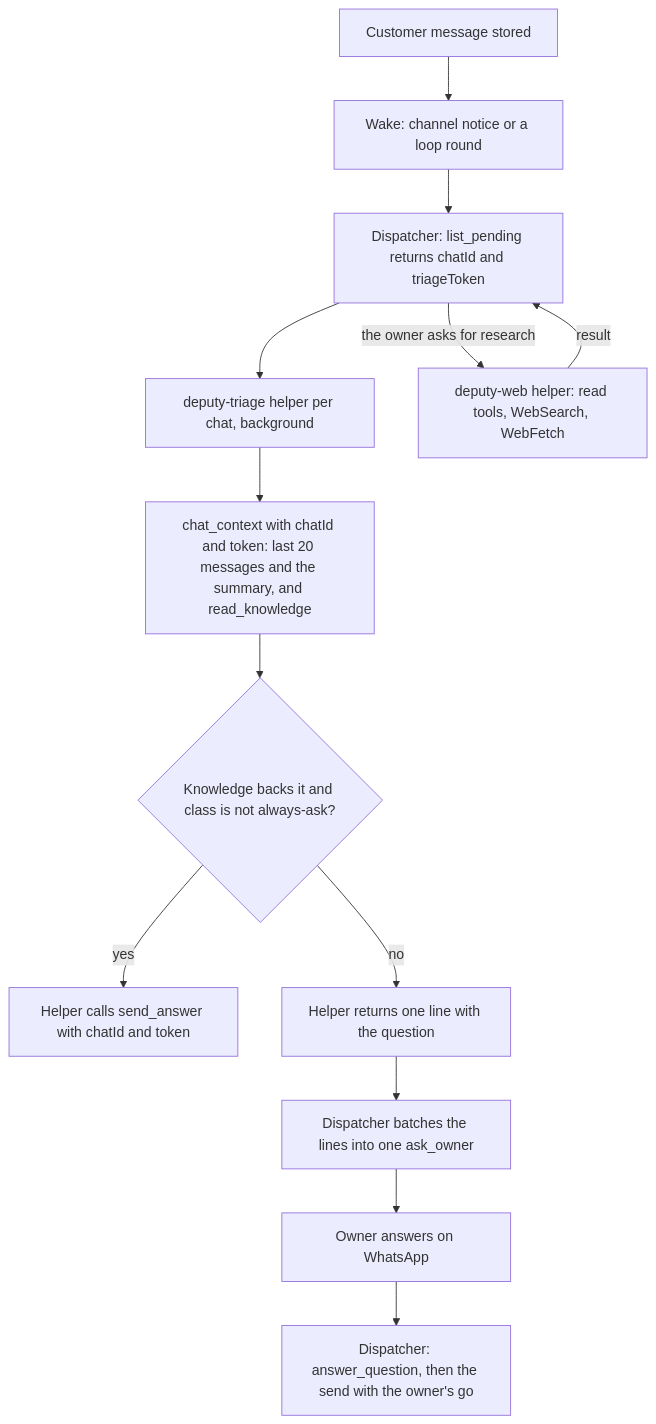
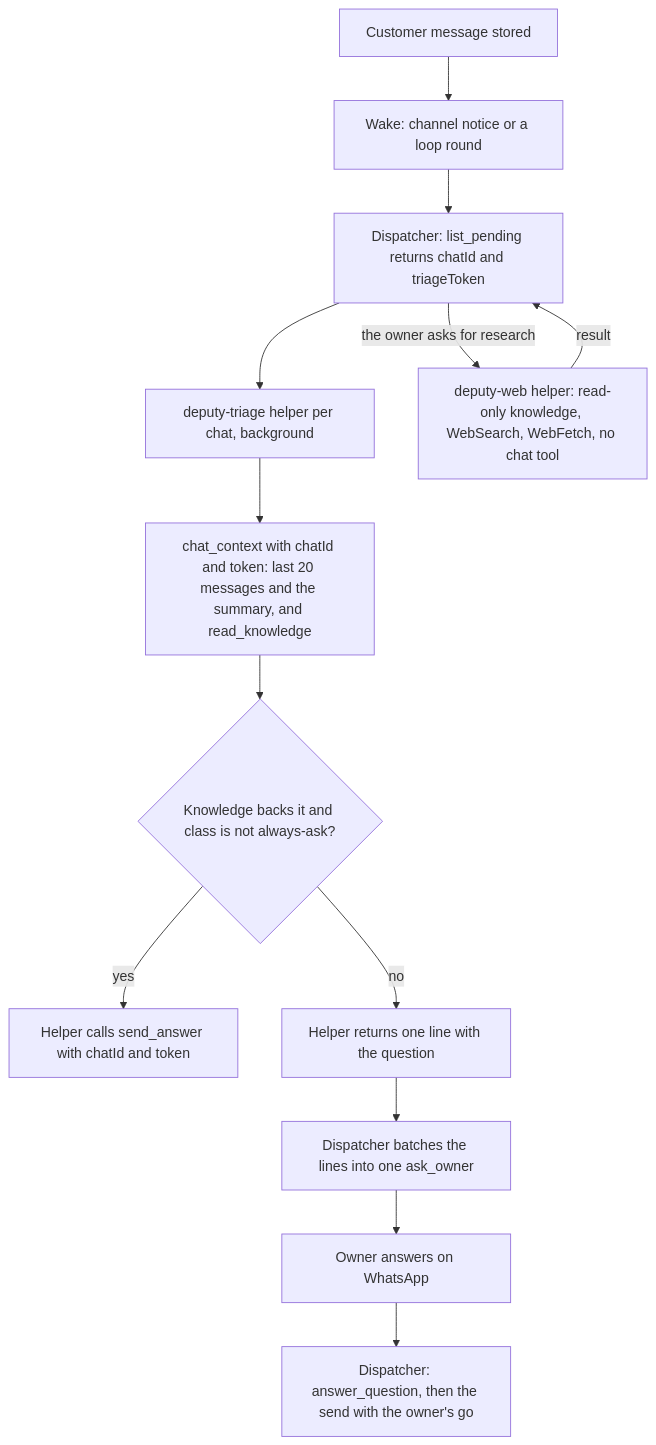
Before and after one commit to antonygiomarxdev/deputy: the diagram in docs/adr/ADR-019-dispatcher-session-and-background-helpers.md, drawn with Mermaid. The commit also changed other lines of this file and 1 other file, not shown here.

Commit message:
docs: the web helper has no chat tool; ADR-018 lists the transcript agent name as unverified

````diff
--- a/docs/adr/ADR-019-dispatcher-session-and-background-helpers.md
+++ b/docs/adr/ADR-019-dispatcher-session-and-background-helpers.md
@@ -20,15 +20,15 @@
 ```mermaid
 flowchart TD
   Msg["Customer message stored"] --> Wake["Wake: channel notice or a loop round"]
   Wake --> Main["Dispatcher: list_pending returns chatId and triageToken"]
   Main --> Triage["deputy-triage helper per chat, background"]
   Triage --> Ctx["chat_context with chatId and token: last 20 messages and the summary, and read_knowledge"]
   Ctx --> Q{"Knowledge backs it and class is not always-ask?"}
   Q -- yes --> Send["Helper calls send_answer with chatId and token"]
   Q -- no --> Line["Helper returns one line with the question"]
   Line --> Batch["Dispatcher batches the lines into one ask_owner"]
   Batch --> Own["Owner answers on WhatsApp"]
   Own --> Go["Dispatcher: answer_question, then the send with the owner's go"]
-  Main -->|"the owner asks for research"| Web["deputy-web helper: read tools, WebSearch, WebFetch"]
+  Main -->|"the owner asks for research"| Web["deputy-web helper: read-only knowledge, WebSearch, WebFetch, no chat tool"]
   Web -->|"result"| Main
 ```
````
